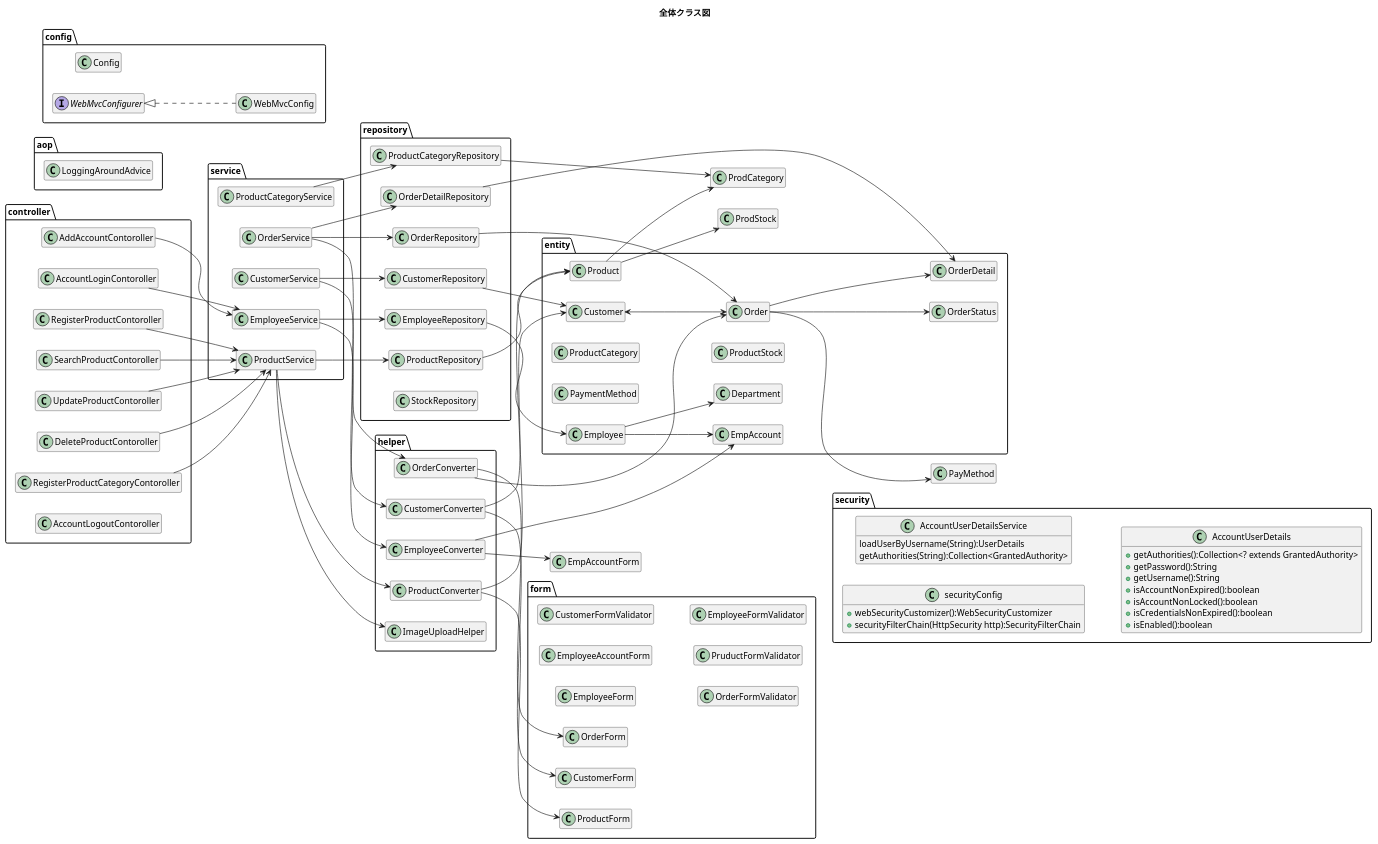
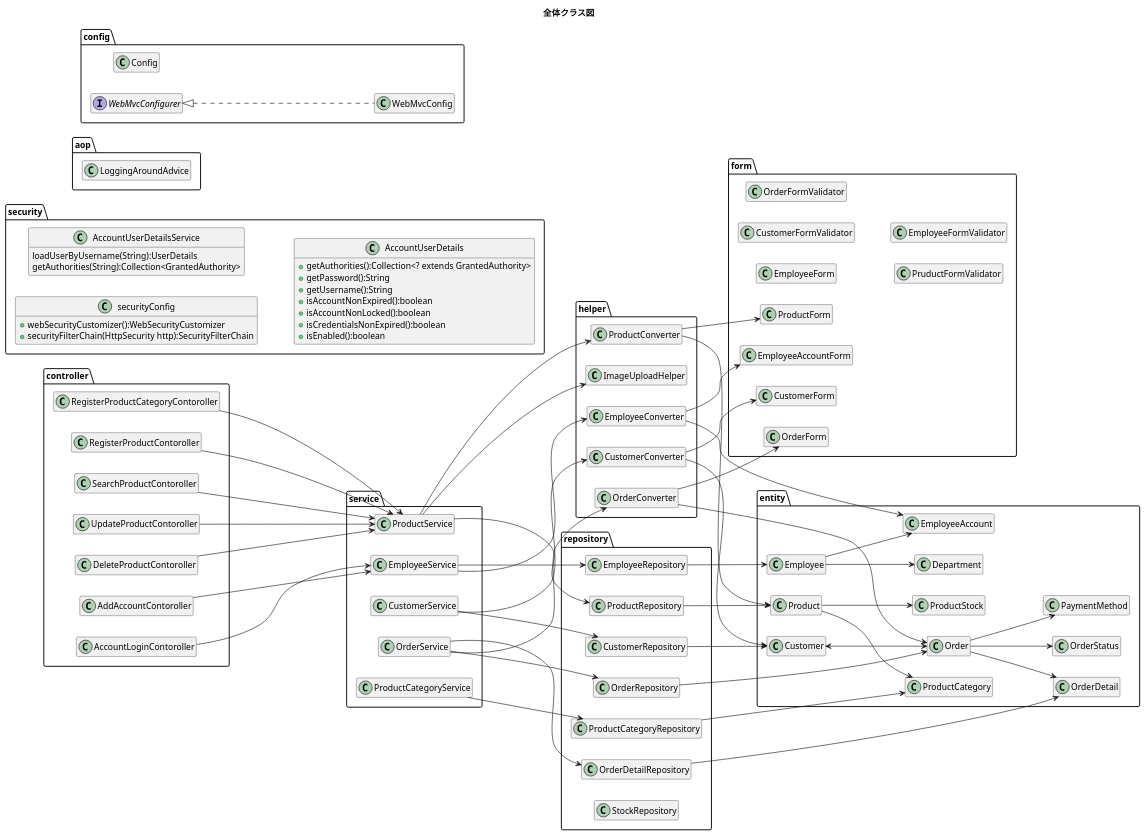
One commit to kanavii3333/ec-b changed the diagram in plan/uml/class/all.plantuml. Above: the diagram before and after it, drawn with PlantUML.

Commit message:
省略されているクラス名empなどをなおした

```diff
--- a/plan/uml/class/all.plantuml
+++ b/plan/uml/class/all.plantuml
@@ -34,17 +34,17 @@
     class Department{
     }
 
-    class EmpAccount{
+    class EmployeeAccount{
     }
 }
 
 Customer <--> Order
 Order --> OrderStatus
 Order --> OrderDetail
-Order --> PayMethod
-Product --> ProdStock
-Product --> ProdCategory
-Employee --> EmpAccount
+Order --> PaymentMethod
+Product --> ProductStock
+Product --> ProductCategory
+Employee --> EmployeeAccount
 Employee --> Department
 
 package form{
@@ -99,8 +99,8 @@
 OrderConverter --> OrderForm
 ProductConverter --> Product
 ProductConverter --> ProductForm
-EmployeeConverter --> EmpAccount
-EmployeeConverter --> EmpAccountForm
+EmployeeConverter --> EmployeeAccount
+EmployeeConverter --> EmployeeAccountForm
 
 package repository{
     class CustomerRepository{
@@ -160,7 +160,7 @@
 OrderDetailRepository --> OrderDetail
 ProductRepository --> Product
 EmployeeRepository --> Employee
-ProductCategoryRepository --> ProdCategory
+ProductCategoryRepository --> ProductCategory
 
 
 package controller{
@@ -177,8 +177,6 @@
     class RegisterProductCategoryContoroller{
     }
     class AccountLoginContoroller{
-    }
-    class  AccountLogoutContoroller{
     }
 }
 AddAccountContoroller --> EmployeeService
```
